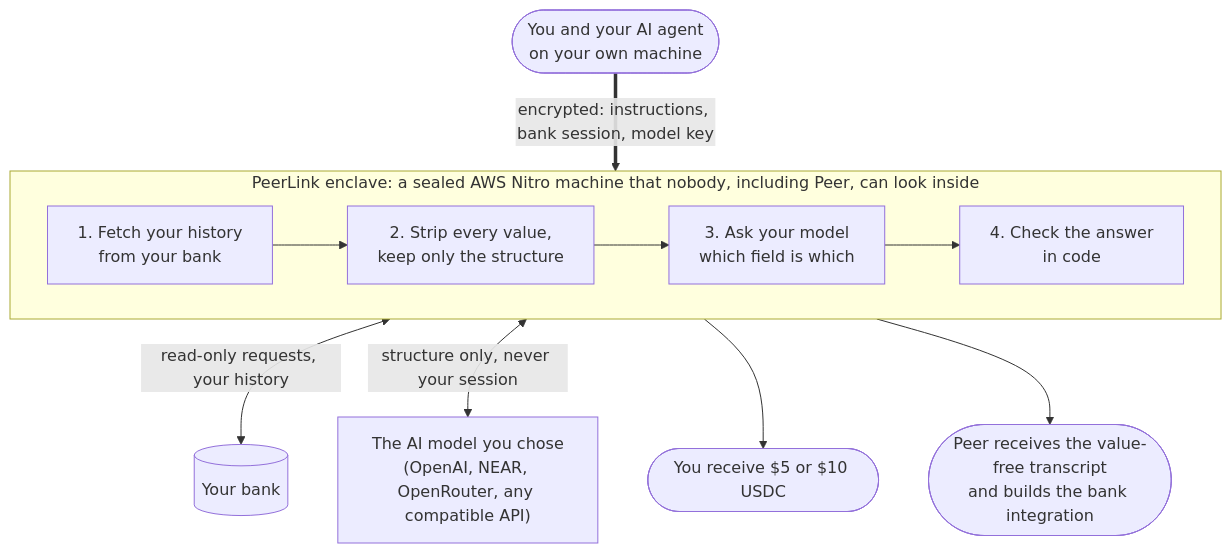
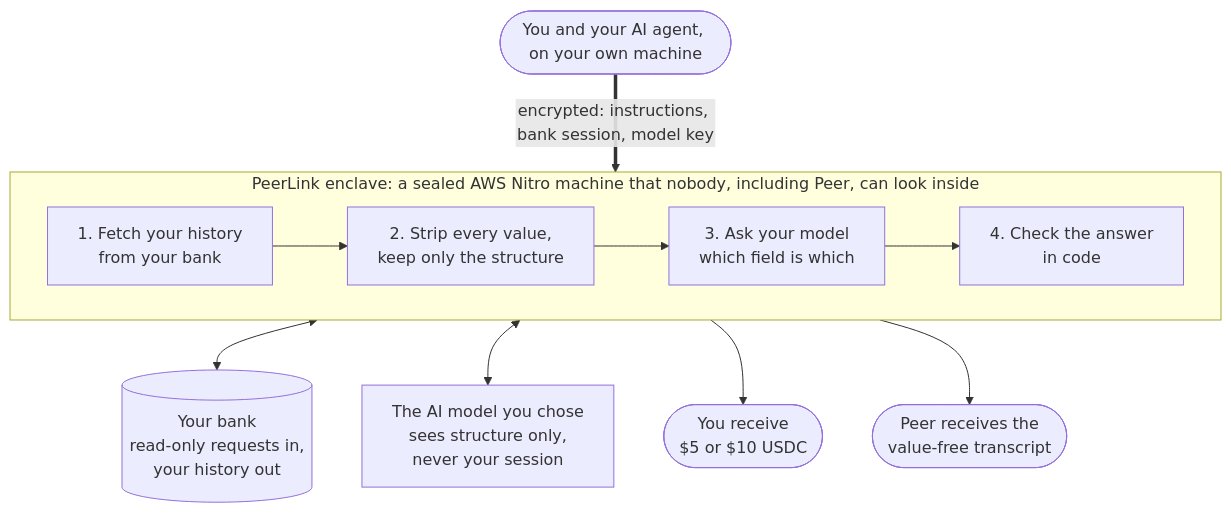
Before and after one commit to zkp2p/peer-link: the first of 2 diagrams in README.md, drawn with Mermaid.

Commit message:
Reshape the README overview diagram so GitHub does not clip it (#250)
The four enclave steps sit side by side and the bank and model notes moved into their boxes. README only.

Claude-Session: https://claude.ai/code/session_01KaGFa9tGcryUuTL2MKzfh8

````diff
--- a/README.md
+++ b/README.md
@@ -32,24 +32,24 @@
 ```mermaid
 flowchart TD
-    you(["You and your AI agent<br/>on your own machine"])
+    you(["You and your AI agent, on your own machine"])
 
     subgraph enclave["PeerLink enclave: a sealed AWS Nitro machine that nobody, including Peer, can look inside"]
         direction LR
         fetch["1. Fetch your history<br/>from your bank"]
         strip["2. Strip every value,<br/>keep only the structure"]
         ask["3. Ask your model<br/>which field is which"]
         check["4. Check the answer<br/>in code"]
         fetch --> strip --> ask --> check
     end
 
-    bank[("Your bank")]
-    model["The AI model you chose<br/>(OpenAI, NEAR, OpenRouter, any compatible API)"]
-    paid(["You receive $5 or $10 USDC"])
-    peer(["Peer receives the value-free transcript<br/>and builds the bank integration"])
+    bank[("Your bank<br/>read-only requests in,<br/>your history out")]
+    model["The AI model you chose<br/>sees structure only,<br/>never your session"]
+    paid(["You receive<br/>$5 or $10 USDC"])
+    peer(["Peer receives the<br/>value-free transcript"])
 
     you == "encrypted: instructions, bank session, model key" ==> enclave
-    fetch <-- "read-only requests, your history" --> bank
-    ask <-- "structure only, never your session" --> model
-    check --> paid
-    check --> peer
+    enclave <--> bank
+    enclave <--> model
+    enclave --> paid
+    enclave --> peer
 ```
````
